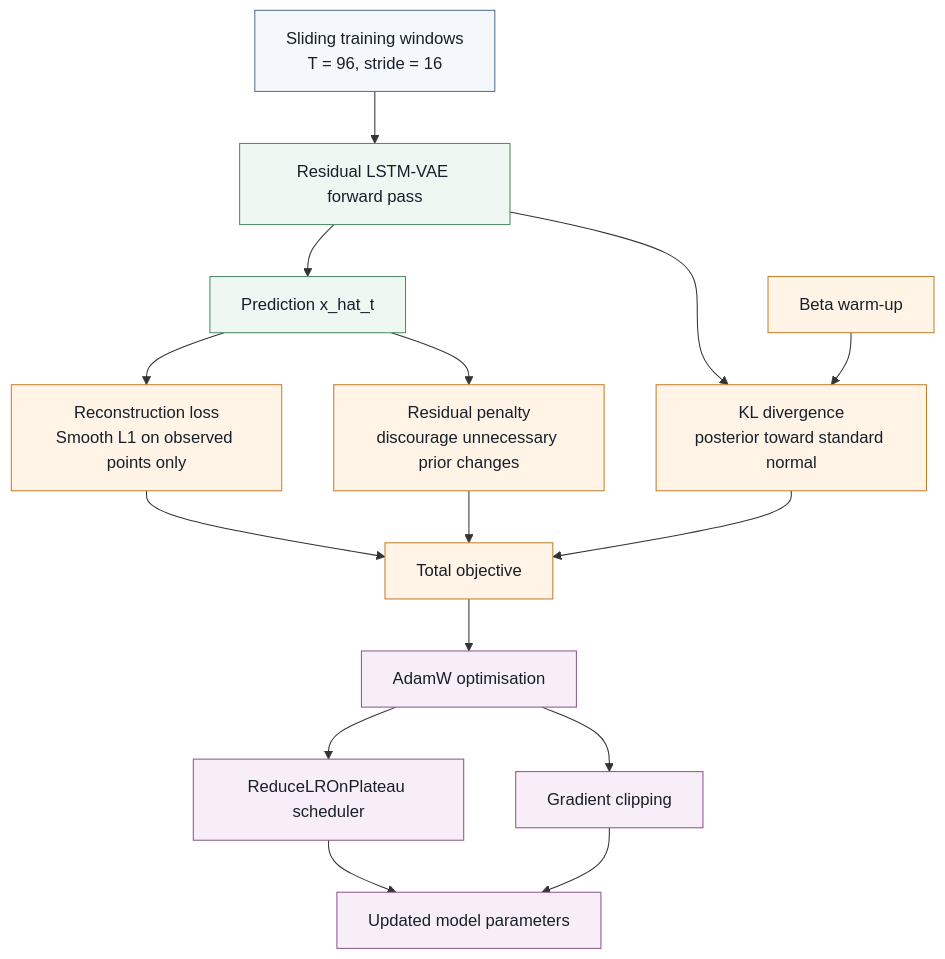
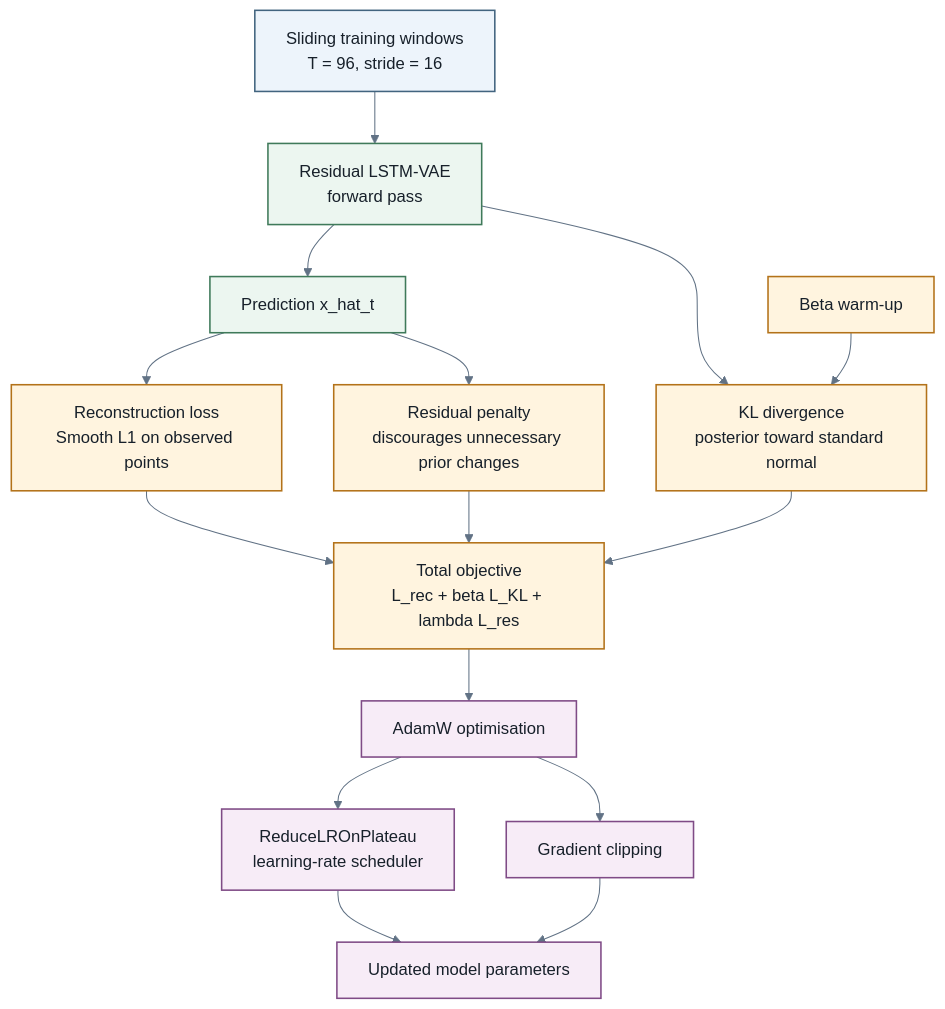
One commit to DevPrinceK/mphil changed the diagram in lvimputer/thesis/shapes/training_objective.mmd. Above: the diagram before and after it, drawn with Mermaid. The commit also changed 43 other files, not shown here.

```diff
--- a/lvimputer/thesis/shapes/training_objective.mmd
+++ b/lvimputer/thesis/shapes/training_objective.mmd
@@ -1,27 +1,30 @@
 %% Additional Chapter 3 diagram: Training objective and optimisation
+%% Separates model outputs, loss components, and optimiser controls.
+%%{init: {"theme": "base", "themeVariables": {"fontFamily": "Segoe UI, Arial, sans-serif", "background": "transparent", "primaryTextColor": "#17202a", "lineColor": "#617285"}}}%%
 flowchart TB
-    A[Sliding training windows<br/>T = 96, stride = 16] --> B[Residual LSTM-VAE forward pass]
-    B --> C[Prediction x_hat_t]
+    A["Sliding training windows<br/>T = 96, stride = 16"] --> B["Residual LSTM-VAE<br/>forward pass"]
+    B --> C["Prediction x_hat_t"]
 
-    C --> D[Reconstruction loss<br/>Smooth L1 on observed points only]
-    C --> E[Residual penalty<br/>discourage unnecessary prior changes]
-    B --> F[KL divergence<br/>posterior toward standard normal]
+    C --> D["Reconstruction loss<br/>Smooth L1 on observed points"]
+    C --> E["Residual penalty<br/>discourages unnecessary prior changes"]
+    B --> F["KL divergence<br/>posterior toward standard normal"]
+    G["Beta warm-up"] --> F
 
-    G[Beta warm-up] --> F
-    D --> H[Total objective]
+    D --> H["Total objective<br/>L_rec + beta L_KL + lambda L_res"]
     E --> H
     F --> H
-    H --> I[AdamW optimisation]
-    I --> J[ReduceLROnPlateau scheduler]
-    I --> K[Gradient clipping]
-    J --> L[Updated model parameters]
+
+    H --> I["AdamW optimisation"]
+    I --> J["ReduceLROnPlateau<br/>learning-rate scheduler"]
+    I --> K["Gradient clipping"]
+    J --> L["Updated model parameters"]
     K --> L
 
-    classDef data fill:#f4f7fb,stroke:#54708c,color:#17202a;
-    classDef model fill:#eef7f1,stroke:#4f8a66,color:#17202a;
-    classDef loss fill:#fff4e6,stroke:#c47f2c,color:#17202a;
-    classDef opt fill:#f7eef7,stroke:#8b5a8c,color:#17202a;
+    classDef data fill:#edf4fb,stroke:#42647f,stroke-width:1.5px,color:#17202a;
+    classDef model fill:#ecf6f0,stroke:#3f7a5a,stroke-width:1.5px,color:#17202a;
+    classDef loss fill:#fff4df,stroke:#b37219,stroke-width:1.5px,color:#17202a;
+    classDef opt fill:#f7ecf7,stroke:#7f4b86,stroke-width:1.5px,color:#17202a;
     class A data;
     class B,C model;
     class D,E,F,G,H loss;
     class I,J,K,L opt;
```
